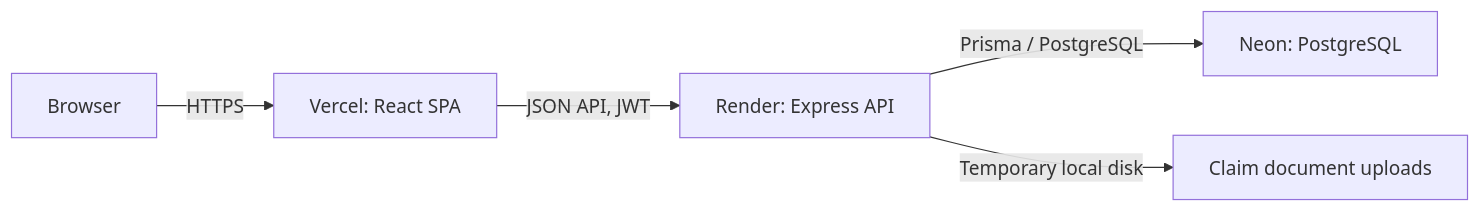
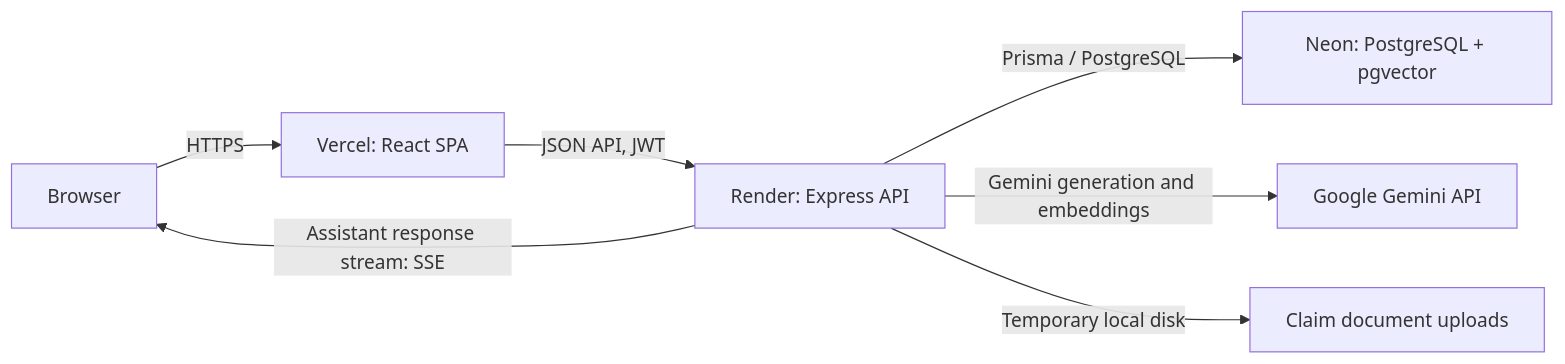
The diagram in README.md (kamujusaichandana-gith/claimsight), drawn with Mermaid before and after one commit. The commit also changed other lines of this file, not shown here.

````diff
--- a/README.md
+++ b/README.md
@@ -40,7 +42,9 @@
 ```mermaid
 flowchart LR
     Browser[Browser] -->|HTTPS| Vercel[Vercel: React SPA]
     Vercel -->|JSON API, JWT| Render[Render: Express API]
-    Render -->|Prisma / PostgreSQL| Neon[Neon: PostgreSQL]
+    Render -->|Prisma / PostgreSQL| Neon[Neon: PostgreSQL + pgvector]
+    Render -->|Gemini generation and embeddings| Gemini[Google Gemini API]
+    Render -->|Assistant response stream: SSE| Browser
     Render -->|Temporary local disk| Uploads[Claim document uploads]
 ```
````
